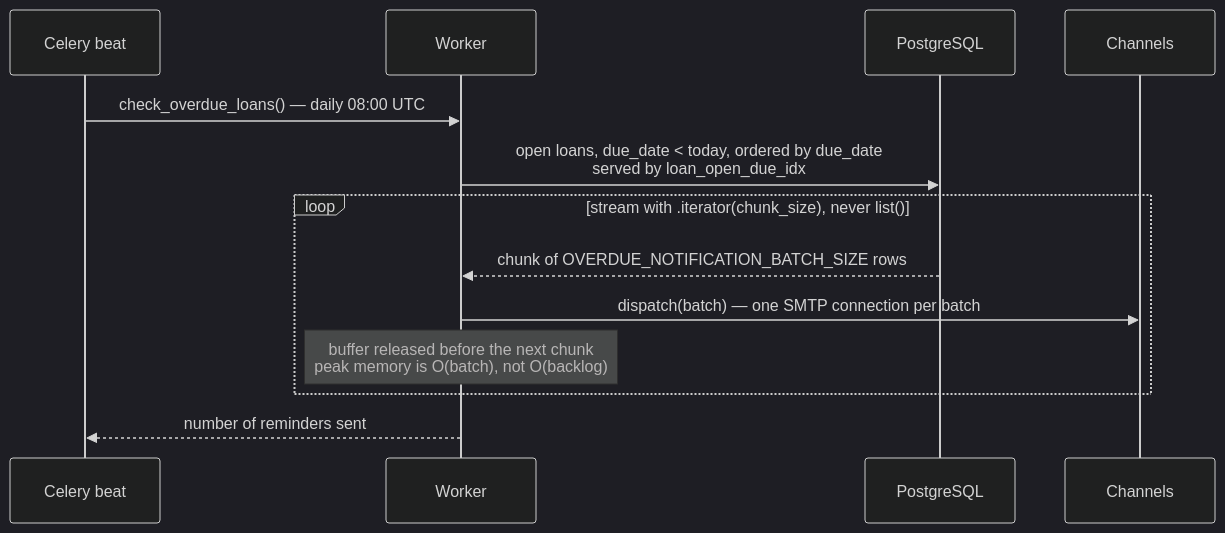
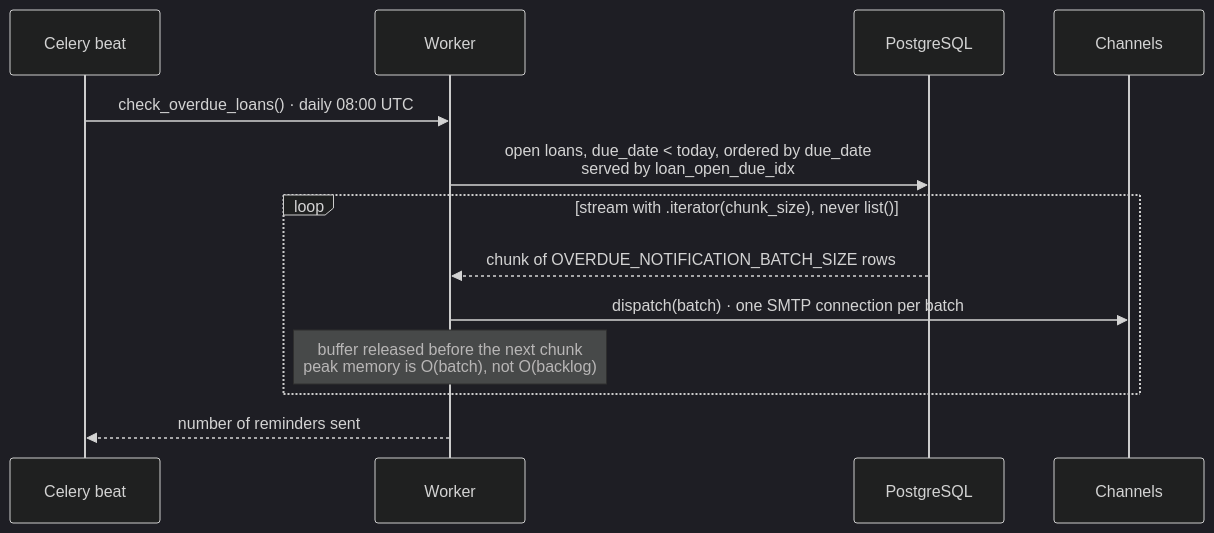
The second of 2 diagrams in README.md (dev-sas002/django-library-tracking-system), drawn with Mermaid (dark theme) before and after one commit. The commit also changed other lines of this file and 7 other files, not shown here.

````diff
--- a/README.md
+++ b/README.md
@@ -84,16 +130,16 @@
 ```mermaid
 sequenceDiagram
     participant B as Celery beat
     participant W as Worker
     participant DB as PostgreSQL
     participant CH as Channels
 
-    B->>W: check_overdue_loans() — daily 08:00 UTC
+    B->>W: check_overdue_loans() · daily 08:00 UTC
     W->>DB: open loans, due_date < today, ordered by due_date<br/>served by loan_open_due_idx
     loop stream with .iterator(chunk_size), never list()
         DB-->>W: chunk of OVERDUE_NOTIFICATION_BATCH_SIZE rows
-        W->>CH: dispatch(batch) — one SMTP connection per batch
+        W->>CH: dispatch(batch) · one SMTP connection per batch
         note over W: buffer released before the next chunk<br/>peak memory is O(batch), not O(backlog)
     end
     W-->>B: number of reminders sent
 ```
````
